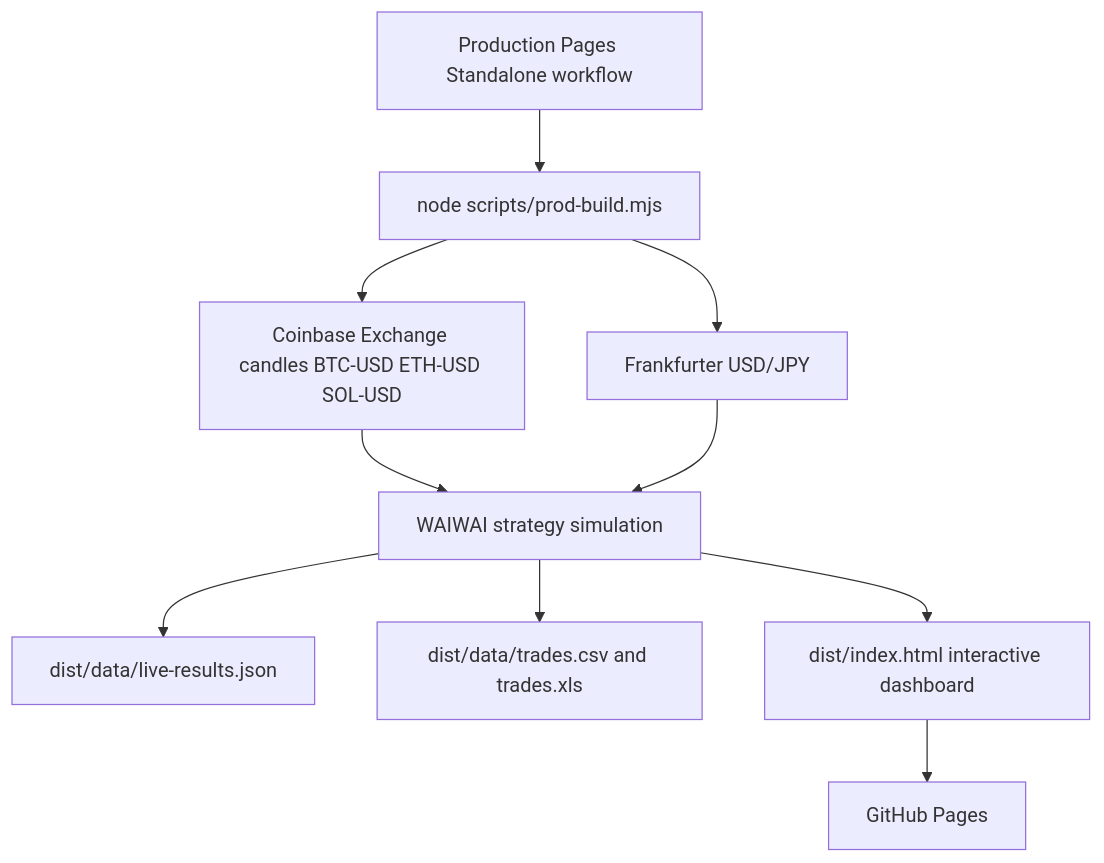
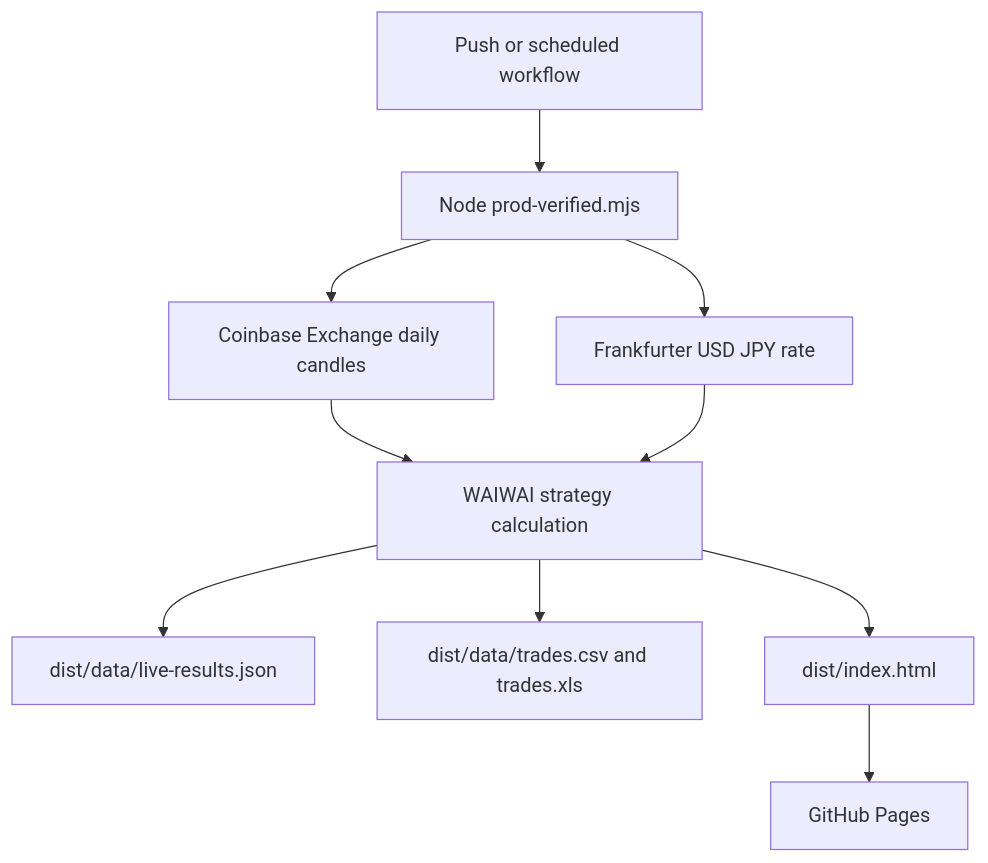
Before and after one commit to univcorp2-ctrl/crypto-auto-trade-sim: the diagram in docs/architecture.md, drawn with Mermaid. The commit also changed other lines of this file, not shown here.

Commit message:
Use new verified interactive production builder

````diff
--- a/docs/architecture.md
+++ b/docs/architecture.md
@@ -5,12 +5,12 @@
 ```mermaid
 flowchart TD
-  A[Production Pages Standalone workflow] --> B[node scripts/prod-build.mjs]
-  B --> C[Coinbase Exchange candles BTC-USD ETH-USD SOL-USD]
-  B --> D[Frankfurter USD/JPY]
-  C --> E[WAIWAI strategy simulation]
+  A[Push or scheduled workflow] --> B[Node prod-verified.mjs]
+  B --> C[Coinbase Exchange daily candles]
+  B --> D[Frankfurter USD JPY rate]
+  C --> E[WAIWAI strategy calculation]
   D --> E
   E --> F[dist/data/live-results.json]
   E --> G[dist/data/trades.csv and trades.xls]
-  E --> H[dist/index.html interactive dashboard]
+  E --> H[dist/index.html]
   H --> I[GitHub Pages]
 ```
````
